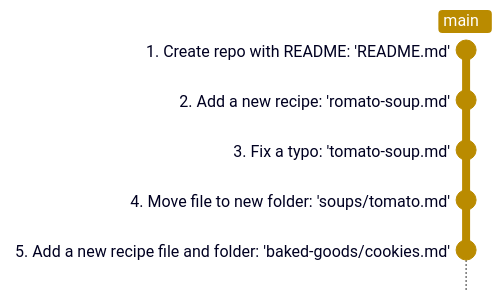
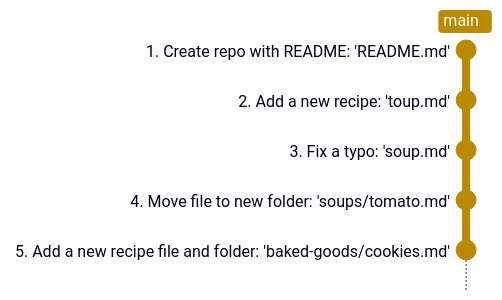
The diagram in sessions/basics.qmd (rostools/github-intro), drawn with Mermaid before and after one commit. The commit also changed other lines of this file and 1 other file, not shown here.

````diff
--- a/sessions/basics.qmd
+++ b/sessions/basics.qmd
@@ -268,18 +256,18 @@
 ```{mermaid}
 %%| label: fig-git-commits
 %%| fig-cap: "Each step creates a new commit in the history log of the Git repository on GitHub."
 %%| fig-alt: "A diagram showing a series of commits in a Git repository, with text describing the step corresponding to the commit that is expanded on below the diagram."
 %%{init: {'themeVariables': {
   'git0': '#ba8b00',
   'commitLabelBackground': '#ffffff',
   'commitLabelFontSize': '16px'
   }, 'gitGraph': {'rotateCommitLabel': false}}
 }%%
 gitGraph TB:
   checkout main
   commit id: "1. Create repo with README: 'README.md'"
-  commit id: "2. Add a new recipe: 'romato-soup.md'"
-  commit id: "3. Fix a typo: 'tomato-soup.md'"
+  commit id: "2. Add a new recipe: 'toup.md'"
+  commit id: "3. Fix a typo: 'soup.md'"
   commit id: "4. Move file to new folder: 'soups/tomato.md'"
   commit id: "5. Add a new recipe file and folder: 'baked-goods/cookies.md'"
 ```
````
